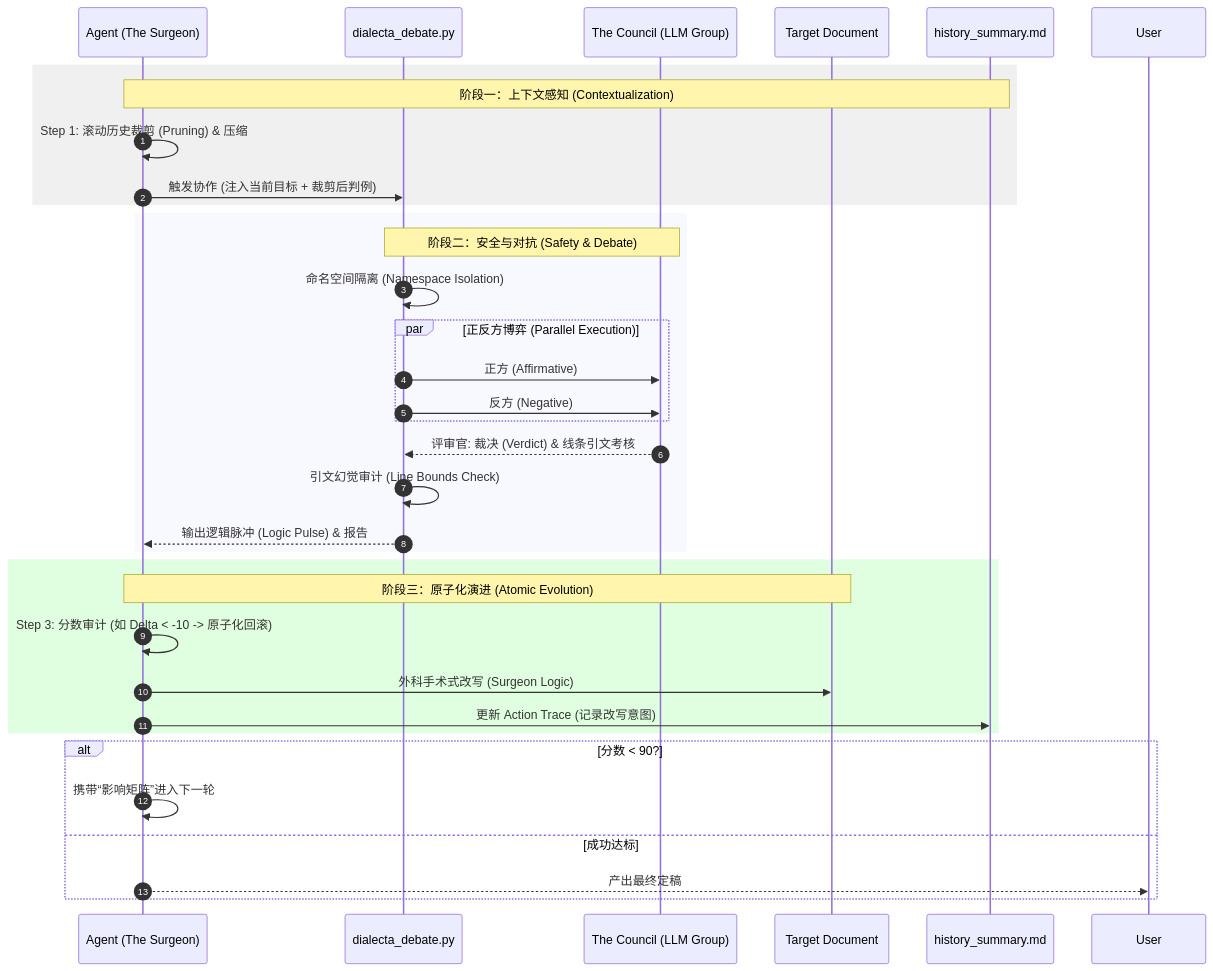
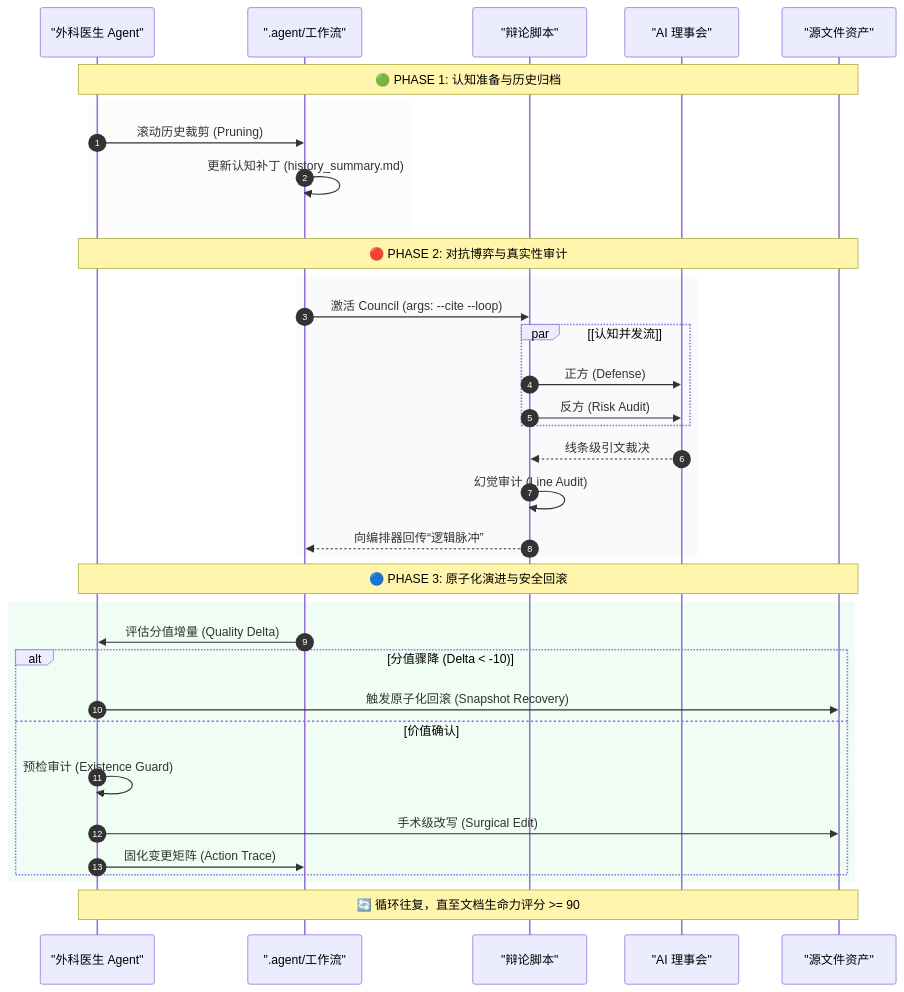
Before and after one commit to hrygo/SparkForge: the second of 2 diagrams in README.md, drawn with Mermaid. The commit also changed other lines of this file and 15 other files, not shown here.

````diff
--- a/README.md
+++ b/README.md
@@ -109,40 +112,40 @@
 ```mermaid
 sequenceDiagram
     autonumber
-    participant Agent as Agent (The Surgeon)
-    participant Script as dialecta_debate.py
-    participant Council as The Council (LLM Group)
-    participant Doc as Target Document
-    participant History as history_summary.md
+    participant S as "外科医生 Agent"
+    participant L as ".agent/工作流"
+    participant D as "辩论脚本"
+    participant C as "AI 理事会"
+    participant T as "源文件资产"
 
-    rect rgb(240, 240, 240)
-    Note over Agent, History: 阶段一：上下文感知 (Contextualization)
-    Agent->>Agent: Step 1: 滚动历史裁剪 (Pruning) & 压缩
-    Agent->>Script: 触发协作 (注入当前目标 + 裁剪后判例)
+    Note over S, T: 🟢 PHASE 1: 认知准备与历史归档
+    rect rgb(252, 252, 252)
+        S->>L: 滚动历史裁剪 (Pruning)
+        L->>L: 更新认知补丁 (history_summary.md)
     end
 
-    rect rgb(248, 248, 255)
-    Note over Script, Council: 阶段二：安全与对抗 (Safety & Debate)
-    Script->>Script: 命名空间隔离 (Namespace Isolation)
-    par 正反方博弈 (Parallel Execution)
-        Script->>Council: 正方 (Affirmative)
-        Script->>Council: 反方 (Negative)
-    end
-    Council-->>Script: 评审官: 裁决 (Verdict) & 线条引文考核
-    Script->>Script: 引文幻觉审计 (Line Bounds Check)
-    Script-->>Agent: 输出逻辑脉冲 (Logic Pulse) & 报告
+    Note over S, T: 🔴 PHASE 2: 对抗博弈与真实性审计
+    rect rgb(248, 250, 252)
+        L->>D: 激活 Council (args: --cite --loop)
+        par [认知并发流]
+            D->>C: 正方 (Defense)
+            D->>C: 反方 (Risk Audit)
+        end
+        C-->>D: 线条级引文裁决
+        D->>D: 幻觉审计 (Line Audit)
+        D-->>L: 向编排器回传“逻辑脉冲”
     end
 
-    rect rgb(224, 255, 224)
-    Note over Agent, Doc: 阶段三：原子化演进 (Atomic Evolution)
-    Agent->>Agent: Step 3: 分数审计 (如 Delta < -10 -> 原子化回滚)
-    Agent->>Doc: 外科手术式改写 (Surgeon Logic)
-    Agent->>History: 更新 Action Trace (记录改写意图)
+    Note over S, T: 🔵 PHASE 3: 原子化演进与安全回滚
+    rect rgb(240, 253, 244)
+        L->>S: 评估分值增量 (Quality Delta)
+        alt 分值骤降 (Delta < -10)
+            S->>T: 触发原子化回滚 (Snapshot Recovery)
+        else 价值确认
+            S->>S: 预检审计 (Existence Guard)
+            S->>T: 手术级改写 (Surgical Edit)
+            S->>L: 固化变更矩阵 (Action Trace)
+        end
     end
-
-    alt 分数 < 90?
-        Agent->>Agent: 携带“影响矩阵”进入下一轮
-    else 成功达标
-        Agent-->>User: 产出最终定稿
-    end
+    Note over S, T: 🔄 循环往复，直至文档生命力评分 >= 90
 ```
````
